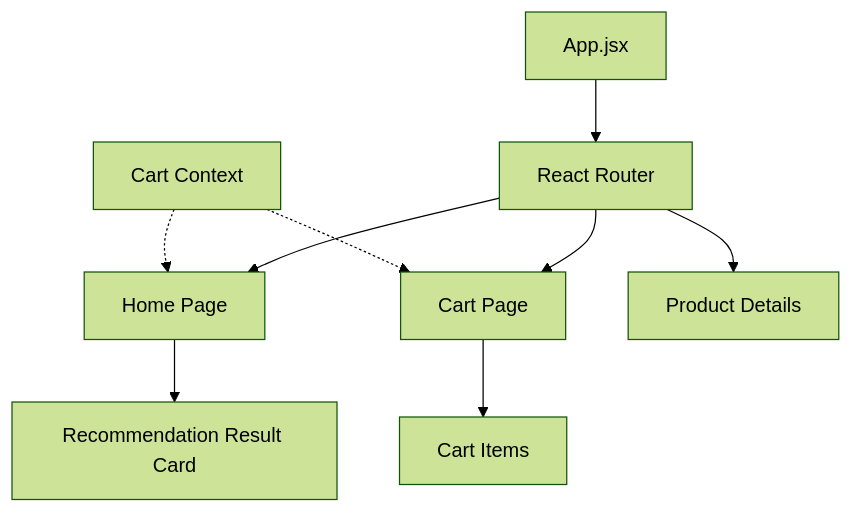
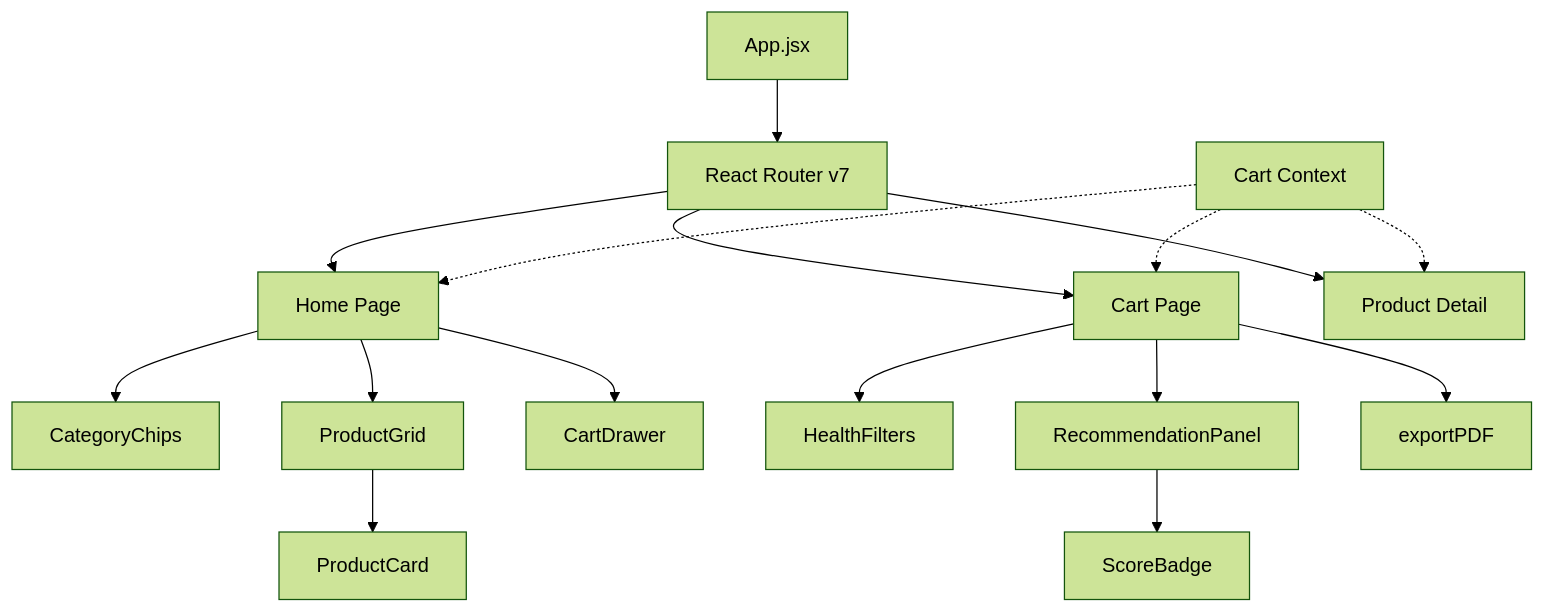
The diagram in frontend/README.md (AtulACleaver/nutrikart), drawn with Mermaid (forest theme) before and after one commit. The commit also changed other lines of this file and 2 other files, not shown here.

````diff
--- a/frontend/README.md
+++ b/frontend/README.md
@@ -9,11 +11,19 @@
 ```mermaid
 graph TD
-    App[App.jsx] --> Router[React Router]
+    App[App.jsx] --> Router[React Router v7]
     Router --> Home[Home Page]
     Router --> Cart[Cart Page]
-    Router --> Product[Product Details]
-    Home --> RecCard[Recommendation Result Card]
-    Cart --> CartList[Cart Items]
+    Router --> Product[Product Detail]
+
+    Home --> CategoryChips
+    Home --> ProductGrid --> ProductCard
+    Home --> CartDrawer
+
+    Cart --> HealthFilters
+    Cart --> RecommendationPanel --> ScoreBadge
+    Cart --> exportPDF
+
     CartContext[Cart Context] -.-> Home
     CartContext -.-> Cart
+    CartContext -.-> Product
 ```
````
